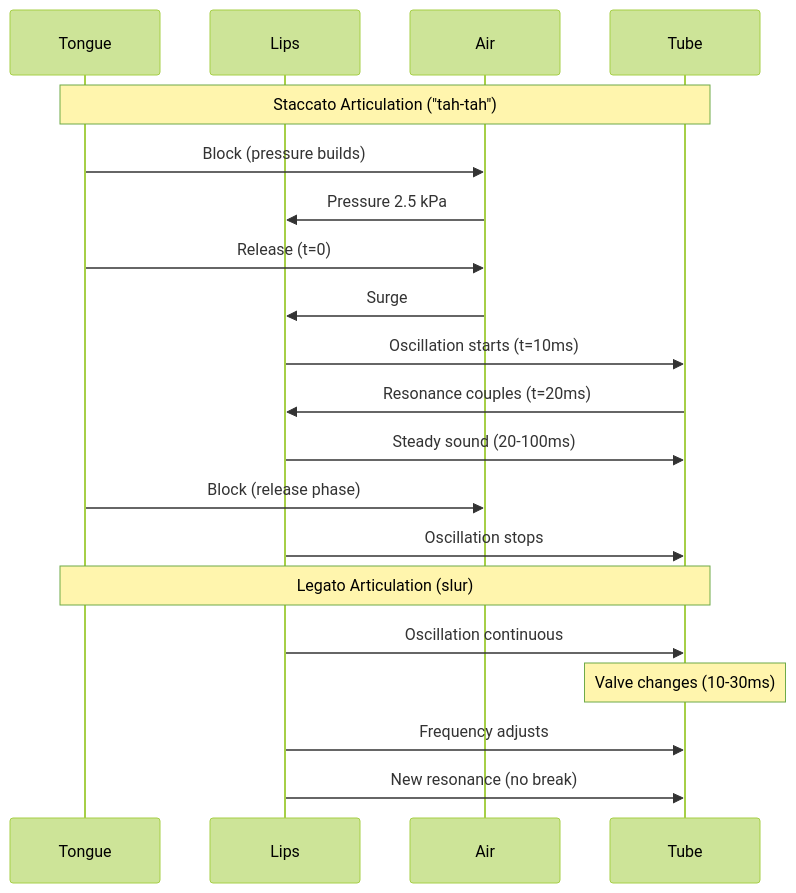
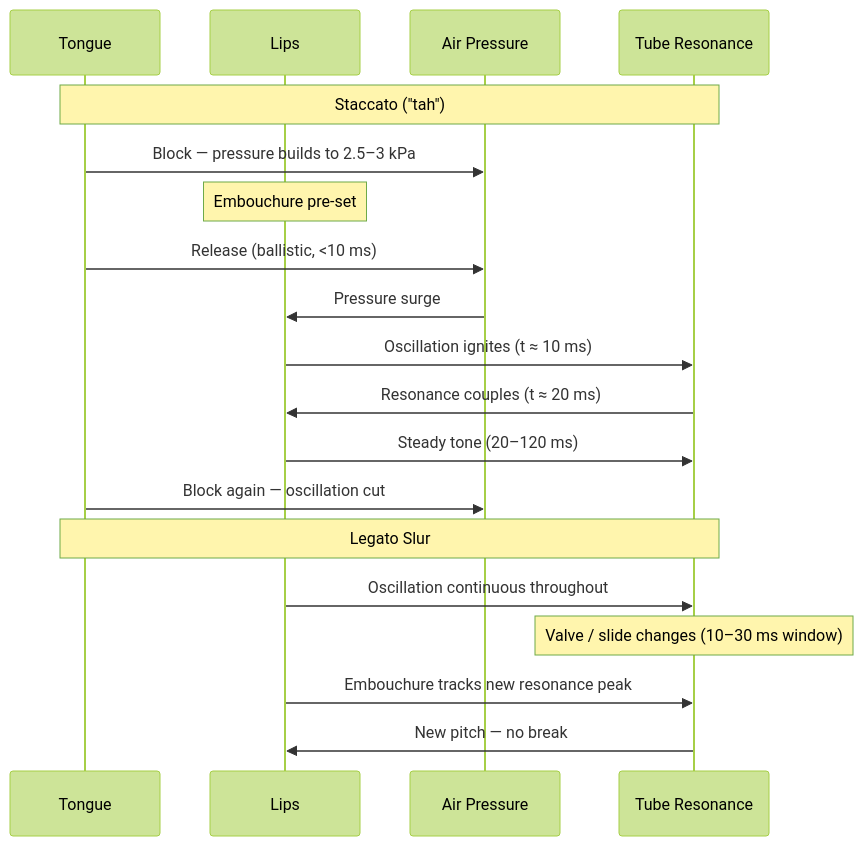
The second of 4 diagrams in topics/arts/music_performance/brass/lesson_02_articulation_and_vibrato.md (blebleblee/synapse), drawn with Mermaid (forest theme) before and after one commit. The commit also changed other lines of this file and 4 other files, not shown here.

````diff
--- a/topics/arts/music_performance/brass/lesson_02_articulation_and_vibrato.md
+++ b/topics/arts/music_performance/brass/lesson_02_articulation_and_vibrato.md
@@ -64,24 +65,23 @@
 ```mermaid
 sequenceDiagram
-    participant Tongue
-    participant Lips
-    participant Air
-    participant Tube
-    
-    Note over Tongue,Tube: Staccato Articulation ("tah-tah")
-    Tongue->>Air: Block (pressure builds)
-    Air->>Lips: Pressure 2.5 kPa
-    Tongue->>Air: Release (t=0)
-    Air->>Lips: Surge
-    Lips->>Tube: Oscillation starts (t=10ms)
-    Tube->>Lips: Resonance couples (t=20ms)
-    Lips->>Tube: Steady sound (20-100ms)
-    Tongue->>Air: Block (release phase)
-    Lips->>Tube: Oscillation stops
-    
-    Note over Tongue,Tube: Legato Articulation (slur)
-    Lips->>Tube: Oscillation continuous
-    Note over Tube: Valve changes (10-30ms)
-    Lips->>Tube: Frequency adjusts
-    Lips->>Tube: New resonance (no break)
+    participant T as Tongue
+    participant L as Lips
+    participant P as Air Pressure
+    participant R as Tube Resonance
+
+    Note over T,R: Staccato ("tah")
+    T->>P: Block — pressure builds to 2.5–3 kPa
+    Note over L: Embouchure pre-set
+    T->>P: Release (ballistic, <10 ms)
+    P->>L: Pressure surge
+    L->>R: Oscillation ignites (t ≈ 10 ms)
+    R->>L: Resonance couples (t ≈ 20 ms)
+    L->>R: Steady tone (20–120 ms)
+    T->>P: Block again — oscillation cut
+
+    Note over T,R: Legato Slur
+    L->>R: Oscillation continuous throughout
+    Note over R: Valve / slide changes (10–30 ms window)
+    L->>R: Embouchure tracks new resonance peak
+    R->>L: New pitch — no break
 ```
````
